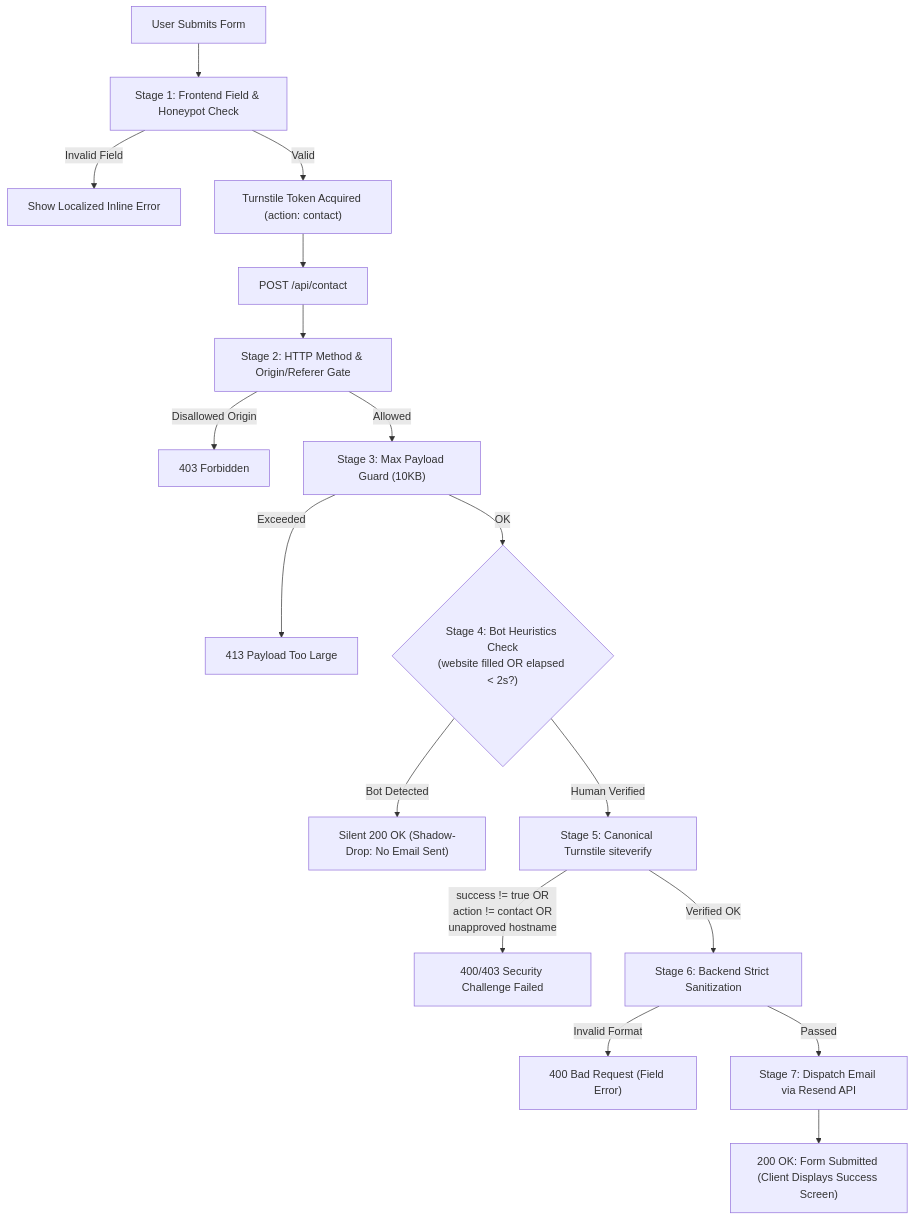
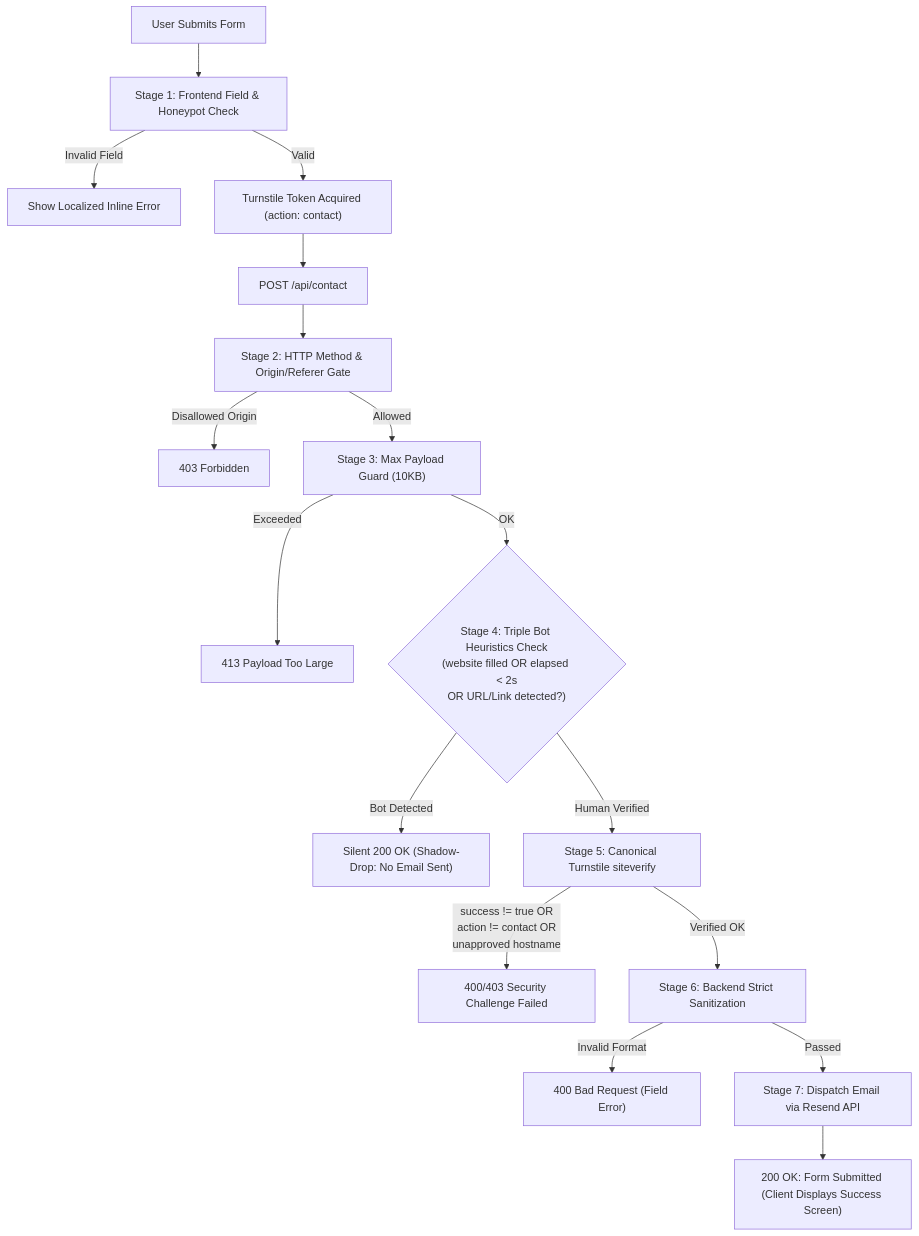
The diagram in .agents/rules/form-validation-pipeline.md (zawlinooDevops/douitsu-co), drawn with Mermaid before and after one commit. The commit also changed other lines of this file, not shown here.

Commit message:
docs(rules): update form-validation-pipeline.md with triple bot heuristics, curl test scenarios, and security checklist

````diff
--- a/.agents/rules/form-validation-pipeline.md
+++ b/.agents/rules/form-validation-pipeline.md
@@ -13,25 +13,25 @@
 ```mermaid
 flowchart TD
     User["User Submits Form"] --> FrontendVal["Stage 1: Frontend Field & Honeypot Check"]
     FrontendVal -->|Invalid Field| InlineErr["Show Localized Inline Error"]
     FrontendVal -->|Valid| TurnstileSolve["Turnstile Token Acquired (action: contact)"]
     TurnstileSolve --> APIRequest["POST /api/contact"]
 
     APIRequest --> MethodCheck["Stage 2: HTTP Method & Origin/Referer Gate"]
     MethodCheck -->|Disallowed Origin| Err403["403 Forbidden"]
     MethodCheck -->|Allowed| PayloadCheck["Stage 3: Max Payload Guard (10KB)"]
 
     PayloadCheck -->|Exceeded| Err413["413 Payload Too Large"]
-    PayloadCheck -->|OK| HoneypotCheck{"Stage 4: Bot Heuristics Check<br/>(website filled OR elapsed < 2s?)"}
+    PayloadCheck -->|OK| HoneypotCheck{"Stage 4: Triple Bot Heuristics Check<br/>(website filled OR elapsed < 2s<br/>OR URL/Link detected?)"}
 
     HoneypotCheck -->|Bot Detected| FakeSuccess["Silent 200 OK (Shadow-Drop: No Email Sent)"]
     HoneypotCheck -->|Human Verified| TurnstileVerify["Stage 5: Canonical Turnstile siteverify"]
 
     TurnstileVerify -->|success != true OR<br/>action != contact OR<br/>unapproved hostname| Err400["400/403 Security Challenge Failed"]
     TurnstileVerify -->|Verified OK| StrictFieldCheck["Stage 6: Backend Strict Sanitization"]
 
     StrictFieldCheck -->|Invalid Format| ErrField["400 Bad Request (Field Error)"]
     StrictFieldCheck -->|Passed| ResendAPI["Stage 7: Dispatch Email via Resend API"]
 
     ResendAPI --> ResSuccess["200 OK: Form Submitted (Client Displays Success Screen)"]
 ```
````
